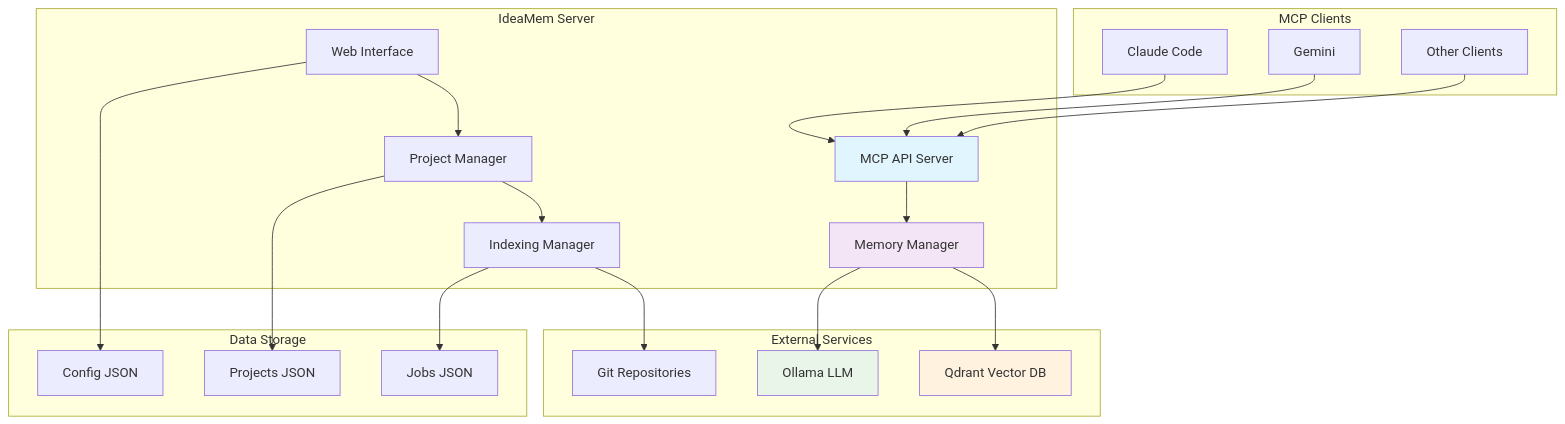
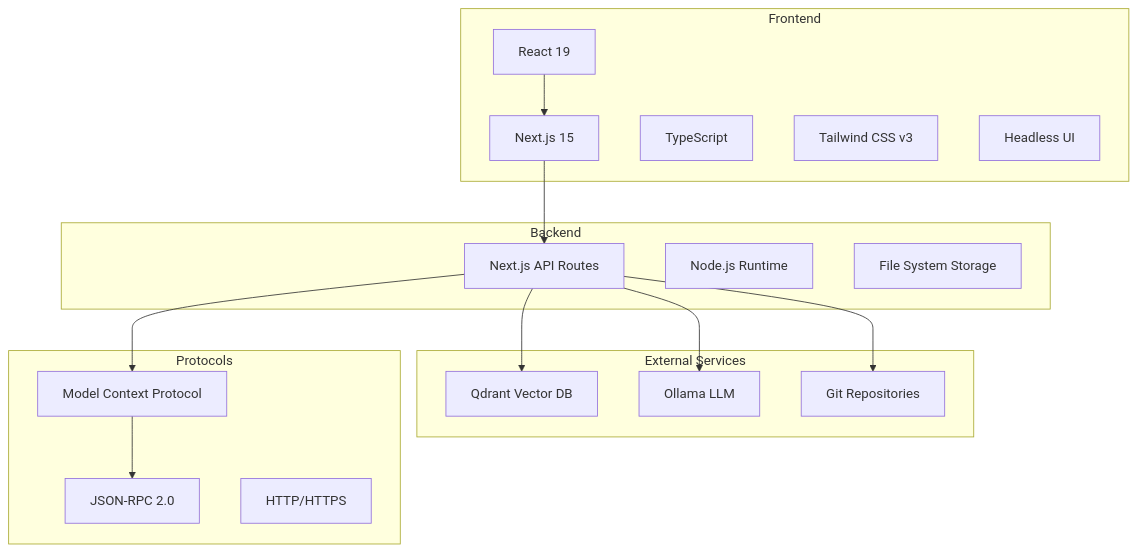
Before and after one commit to piwi3910/ideamem: the first of 6 diagrams in README.md, drawn with Mermaid. The commit also changed other lines of this file and 12 other files, not shown here.

````diff
--- a/README.md
+++ b/README.md
@@ -107,48 +77,36 @@
 ```mermaid
 graph TB
-    subgraph "MCP Clients"
-        CC[Claude Code]
-        GM[Gemini]
-        OC[Other Clients]
+    subgraph "Frontend"
+        React[React 19]
+        Next[Next.js 15]
+        TS[TypeScript]
+        TW[Tailwind CSS v3]
+        HUI[Headless UI]
     end
 
-    subgraph "IdeaMem Server"
-        WEB[Web Interface]
-        API[MCP API Server]
-        PM[Project Manager]
-        IM[Indexing Manager]
-        MM[Memory Manager]
+    subgraph "Backend"
+        API[Next.js API Routes]
+        Node[Node.js Runtime]
+        FS[File System Storage]
     end
 
     subgraph "External Services"
-        QD[Qdrant Vector DB]
-        OL[Ollama LLM]
-        GR[Git Repositories]
+        Qdrant[Qdrant Vector DB]
+        Ollama[Ollama LLM]
+        Git[Git Repositories]
     end
 
-    subgraph "Data Storage"
-        PF[Projects JSON]
-        JF[Jobs JSON]
-        CF[Config JSON]
+    subgraph "Protocols"
+        MCP[Model Context Protocol]
+        JSONRPC[JSON-RPC 2.0]
+        HTTP[HTTP/HTTPS]
     end
 
-    CC --> API
-    GM --> API
-    OC --> API
-
-    WEB --> PM
-    API --> MM
-    PM --> IM
-    IM --> GR
-    MM --> QD
-    MM --> OL
-
-    PM --> PF
-    IM --> JF
-    WEB --> CF
-
-    style API fill:#e1f5fe
-    style MM fill:#f3e5f5
-    style QD fill:#fff3e0
-    style OL fill:#e8f5e8
+    React --> Next
+    Next --> API
+    API --> Qdrant
+    API --> Ollama
+    API --> Git
+    API --> MCP
+    MCP --> JSONRPC
 ```
````
